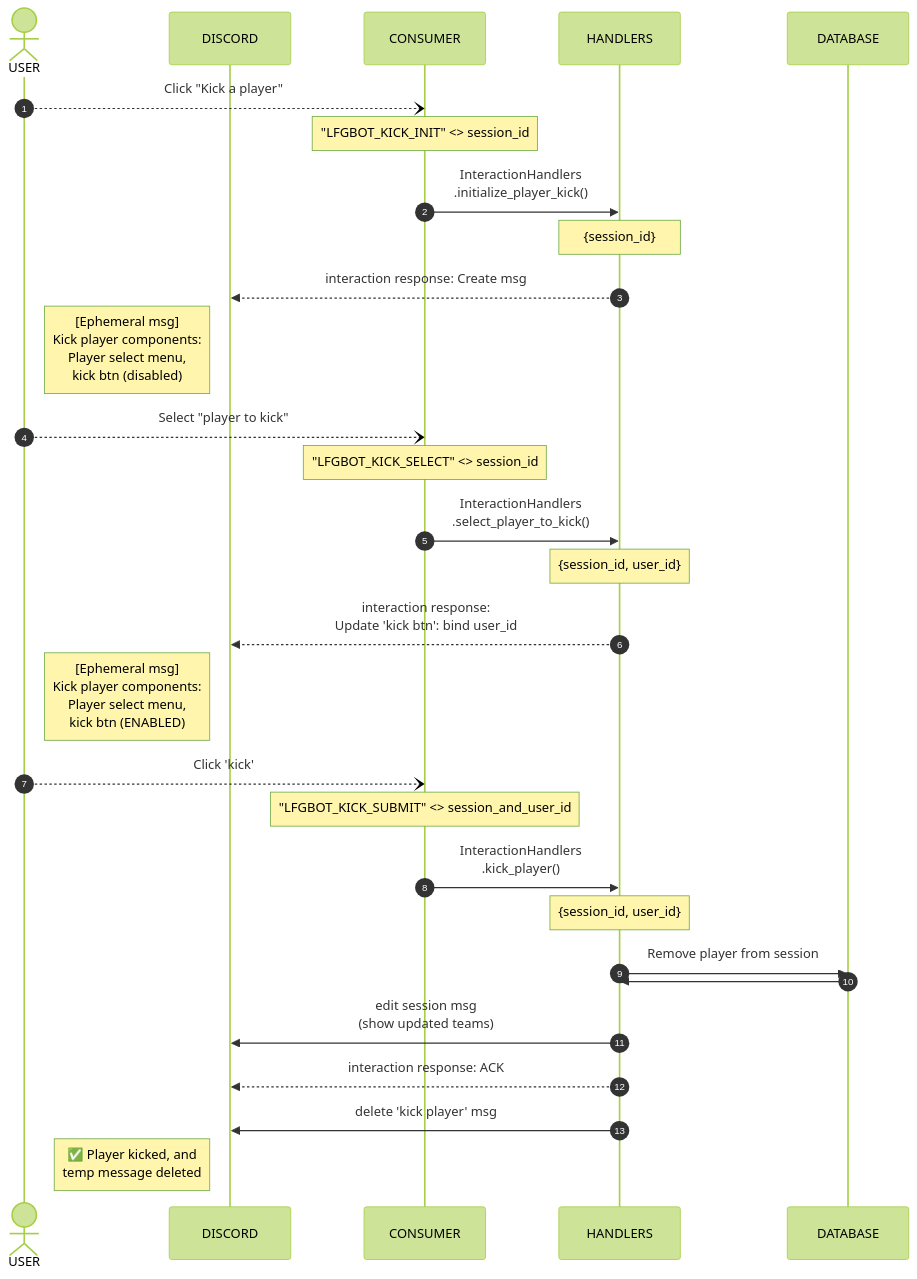
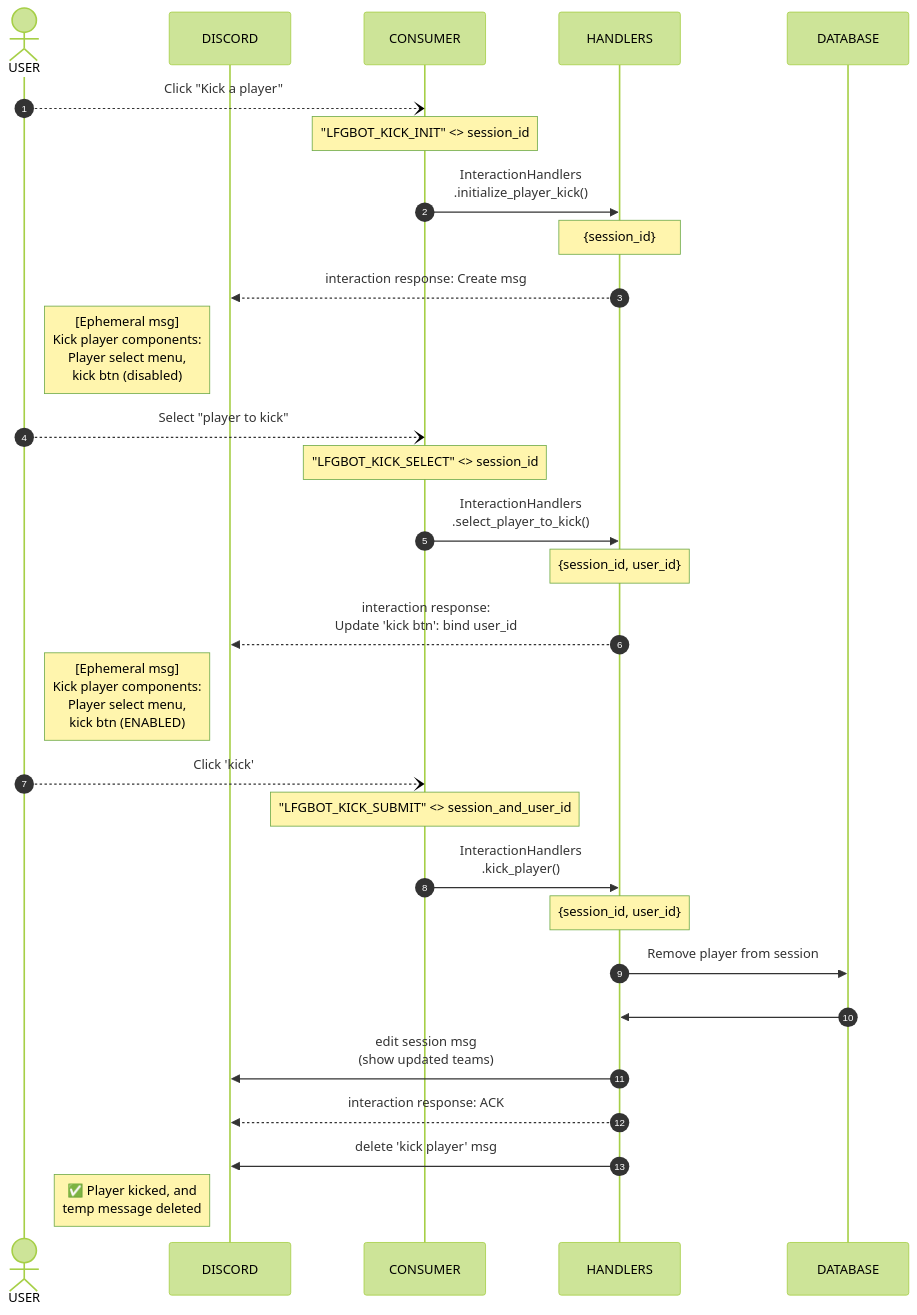
The fourth of 4 diagrams in README.md (GeordieP/LFGBot), drawn with Mermaid (forest theme) before and after one commit. The commit also changed other lines of this file, not shown here.

First line of the commit message:
Fix mermaid syntax

````diff
--- a/README.md
+++ b/README.md
@@ -209,36 +207,36 @@
 ```mermaid
 sequenceDiagram
 autonumber
 
 actor USER
 participant DISCORD
 participant CONSUMER
 participant HANDLERS
 participant DATABASE
 
 USER--)CONSUMER: Click "Kick a player"
 Note over CONSUMER: "LFGBOT_KICK_INIT" <> session_id
 CONSUMER->>HANDLERS: InteractionHandlers<br/>.initialize_player_kick()
 Note over HANDLERS: {session_id}
 HANDLERS-->>DISCORD: interaction response: Create msg
 Note left of DISCORD: [Ephemeral msg]<br />Kick player components:<br/>Player select menu,<br/>kick btn (disabled)
 
 USER--)CONSUMER: Select "player to kick"
 Note over CONSUMER: "LFGBOT_KICK_SELECT" <> session_id
 CONSUMER->>HANDLERS: InteractionHandlers<br/>.select_player_to_kick()
 Note over HANDLERS: {session_id, user_id}
 HANDLERS-->>DISCORD: interaction response:<br/>Update 'kick btn': bind user_id
 Note left of DISCORD: [Ephemeral msg]<br />Kick player components:<br/>Player select menu,<br/>kick btn (ENABLED)
 
 USER--)CONSUMER: Click 'kick'
 Note over CONSUMER: "LFGBOT_KICK_SUBMIT" <> session_and_user_id
 CONSUMER->>HANDLERS: InteractionHandlers<br/>.kick_player()
 Note over HANDLERS: {session_id, user_id}
 HANDLERS->>DATABASE: Remove player from session
-DATABASE->>HANDLERS:
+DATABASE->>HANDLERS: #nbsp;
 HANDLERS->>DISCORD: edit session msg<br />(show updated teams)
 HANDLERS-->>DISCORD: interaction response: ACK
 HANDLERS->>DISCORD: delete 'kick player' msg
 Note left of DISCORD: ✅ Player kicked, and<br />temp message deleted
 
 ```
````
